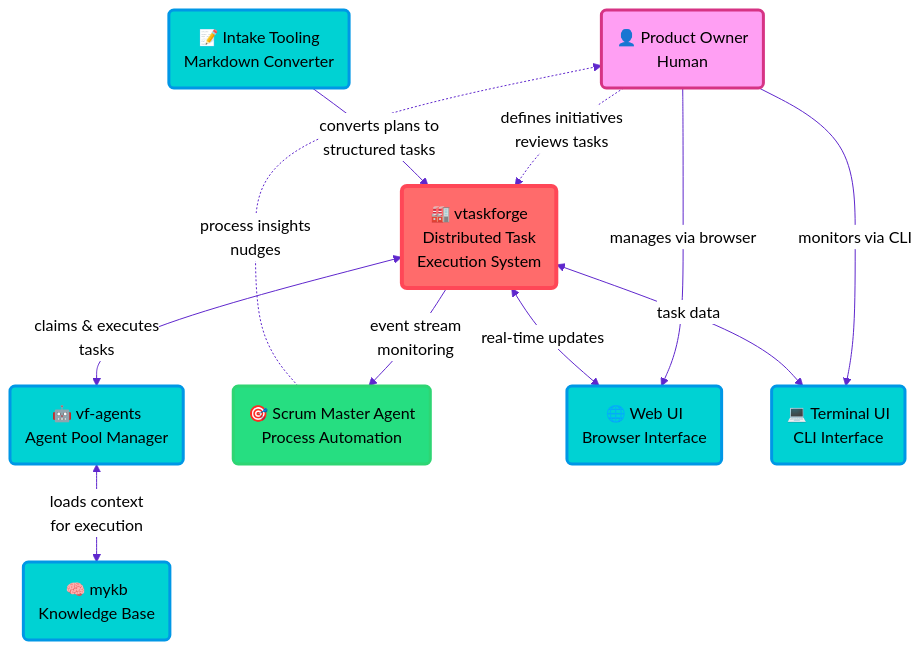
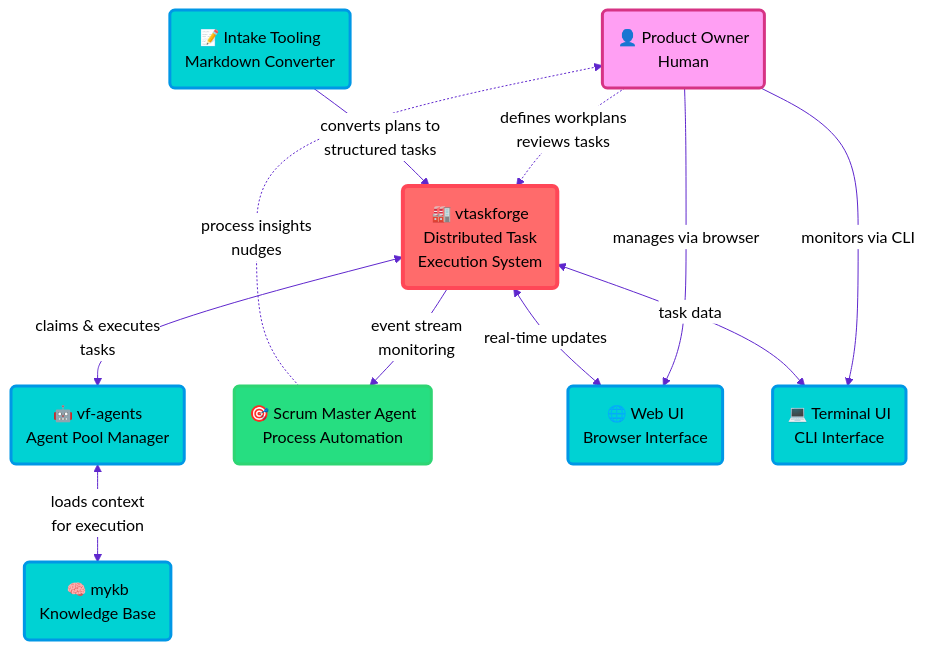
One commit to vilosource/vtaskforge changed the first of 6 diagrams in docs/actor-model-DESIGN.md. Above: the diagram before and after it, drawn with Mermaid. The commit also changed other lines of this file and 14 other files, not shown here.

````diff
--- a/docs/actor-model-DESIGN.md
+++ b/docs/actor-model-DESIGN.md
@@ -13,51 +13,51 @@
 ```mermaid
 %%{init: {
   "theme": "neutral",
   "themeVariables": {
     "primaryColor": "#ff6b6b",
     "primaryTextColor": "#000",
     "primaryBorderColor": "#ff4757",
     "lineColor": "#5f27cd",
     "secondaryColor": "#00d2d3",
     "tertiaryColor": "#ff9ff3"
   },
   "flowchart": {
     "nodeSpacing": 50,
     "rankSpacing": 50,
     "curve": "basis"
   }
 }}%%
 
 flowchart TB
     HUMAN("👤 Product Owner<br/>Human")
     VTF("🏭 vtaskforge<br/>Distributed Task<br/>Execution System")
     AGENTS("🤖 vf-agents<br/>Agent Pool Manager")
     KB("🧠 mykb<br/>Knowledge Base")
     SCRUM("🎯 Scrum Master Agent<br/>Process Automation")
     WEBUI("🌐 Web UI<br/>Browser Interface")
     TUI("💻 Terminal UI<br/>CLI Interface")
     INTAKE("📝 Intake Tooling<br/>Markdown Converter")
 
-    HUMAN -.->|"defines initiatives<br/>reviews tasks"| VTF
+    HUMAN -.->|"defines workplans<br/>reviews tasks"| VTF
     HUMAN -->|"manages via browser"| WEBUI
     HUMAN -->|"monitors via CLI"| TUI
 
     VTF <-->|"claims & executes<br/>tasks"| AGENTS
     VTF -->|"event stream<br/>monitoring"| SCRUM
     VTF <-->|"real-time updates"| WEBUI
     VTF <-->|"task data"| TUI
 
     AGENTS <-->|"loads context<br/>for execution"| KB
     INTAKE -->|"converts plans to<br/>structured tasks"| VTF
     SCRUM -.->|"process insights<br/>nudges"| HUMAN
 
     classDef person fill:#ff9ff3,stroke:#d63384,stroke-width:3px,color:#000
     classDef system fill:#ff6b6b,stroke:#ff4757,stroke-width:4px,color:#000
     classDef supporting fill:#00d2d3,stroke:#0097e6,stroke-width:3px,color:#000
     classDef automation fill:#26de81,stroke:#2ed573,stroke-width:3px,color:#000
 
     class HUMAN person
     class VTF system
     class AGENTS,KB,WEBUI,TUI,INTAKE supporting
     class SCRUM automation
 ```
````
